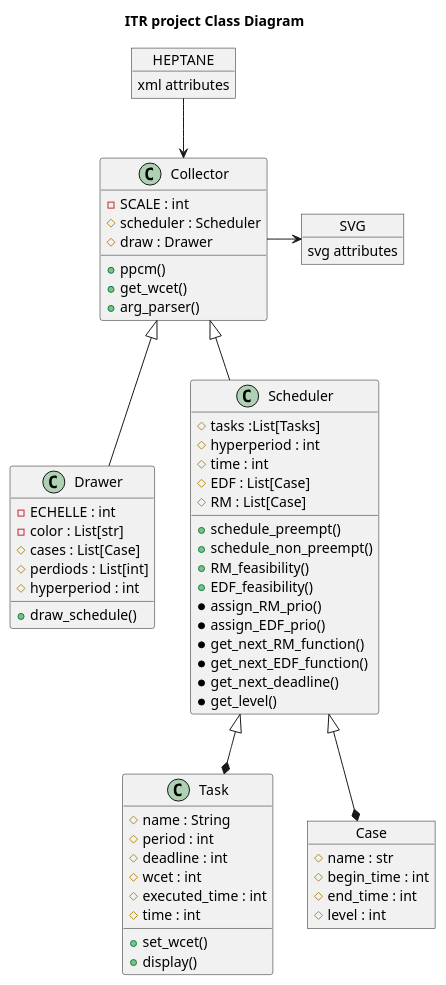
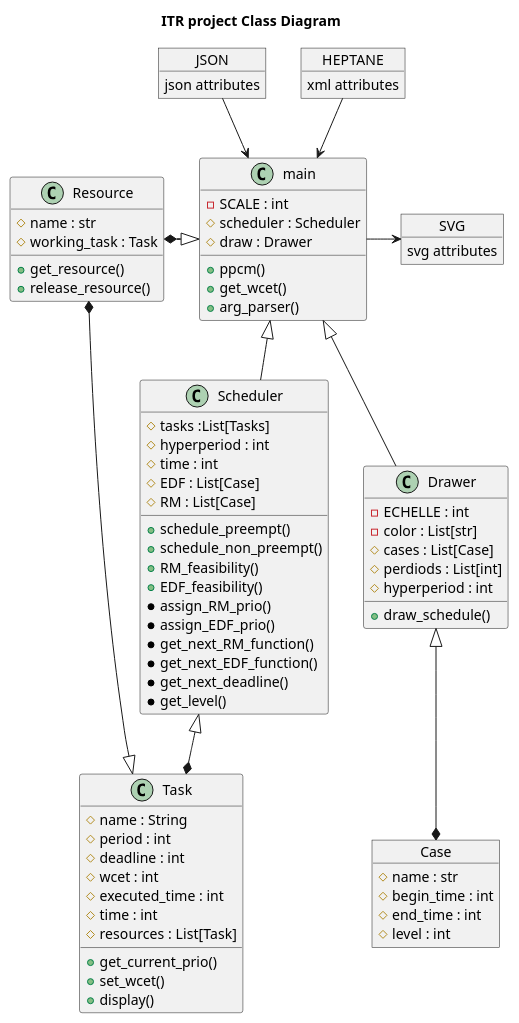
Before and after one commit to bibi14010/itr-scheduler-2020: the diagram in doc/ClassDiagram.puml, drawn with PlantUML. The commit also changed 1 other file, not shown here.

Commit message:
Updating doc files : diagrams

```diff
--- a/doc/ClassDiagram.puml
+++ b/doc/ClassDiagram.puml
@@ -1,73 +1,90 @@
 @startuml
 'https://plantuml.com/class-diagram
 title ITR project Class Diagram
-class Collector{
+class main{
 -SCALE : int
 #scheduler : Scheduler
 #draw : Drawer
 +ppcm()
 +get_wcet()
 +arg_parser()
 }
 
 class Task{
 # name : String
 #period : int
 #deadline : int
 #wcet : int
 #executed_time : int
 #time : int
+# resources : List[Task]
 
++get_current_prio()
 +set_wcet()
 +display()
 }
 
 class Drawer{
 -ECHELLE : int
 -color : List[str]
 #cases : List[Case]
 #perdiods : List[int]
 #hyperperiod : int
 
 +draw_schedule()
 }
 
 class Scheduler{
     #tasks :List[Tasks]
     #hyperperiod : int
     #time : int
     #EDF : List[Case]
     #RM : List[Case]
 
     +schedule_preempt()
     +schedule_non_preempt()
     +RM_feasibility()
     +EDF_feasibility()
     *assign_RM_prio()
     *assign_EDF_prio()
     *get_next_RM_function()
     *get_next_EDF_function()
     *get_next_deadline()
     *get_level()
 }
 object Case {
     #name : str
     #begin_time : int
     #end_time : int
     #level : int
 }
 
+class Resource {
+#name : str
+#working_task : Task
+
++get_resource()
++release_resource()
+}
+
+object JSON {
+    json attributes
+}
+
 object HEPTANE{
     xml attributes
 }
 object SVG {
     svg attributes
 }
-Collector <|-- Scheduler
-Collector <|-- Drawer
+main <|-- Scheduler
+main <|-- Drawer
 Scheduler <|--* Task
-Scheduler <|--* Case
+Drawer <|--* Case
+Resource *-|> main
+Resource *-|> Task
 
-HEPTANE --> Collector
-Collector -> SVG
+HEPTANE --> main
+JSON --> main
+main -> SVG
 @enduml
```
